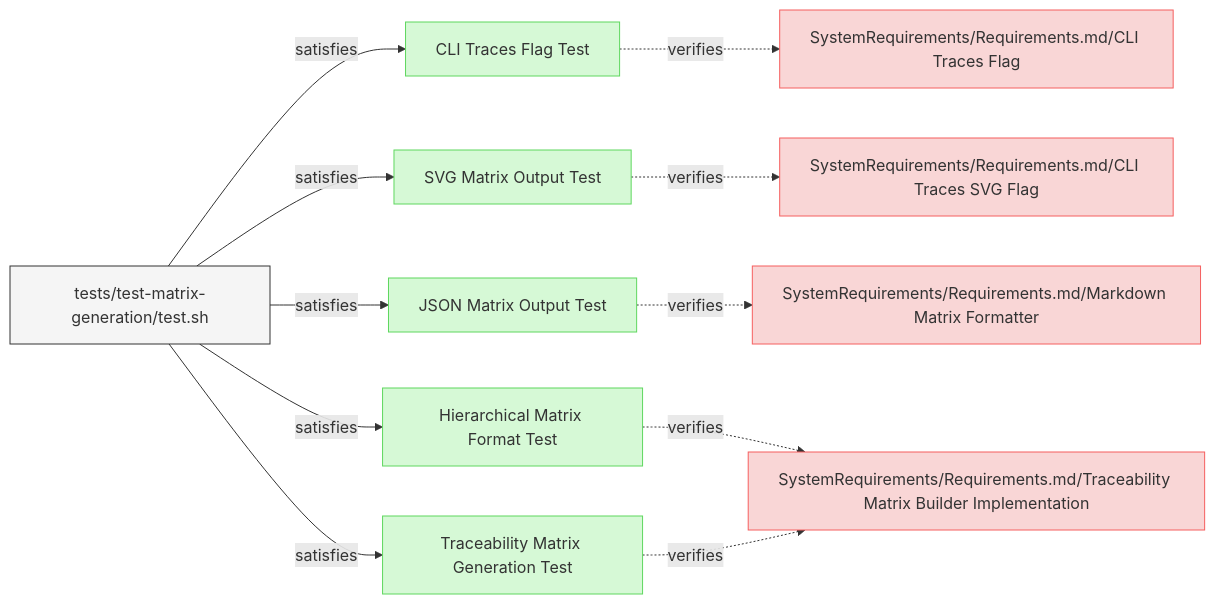
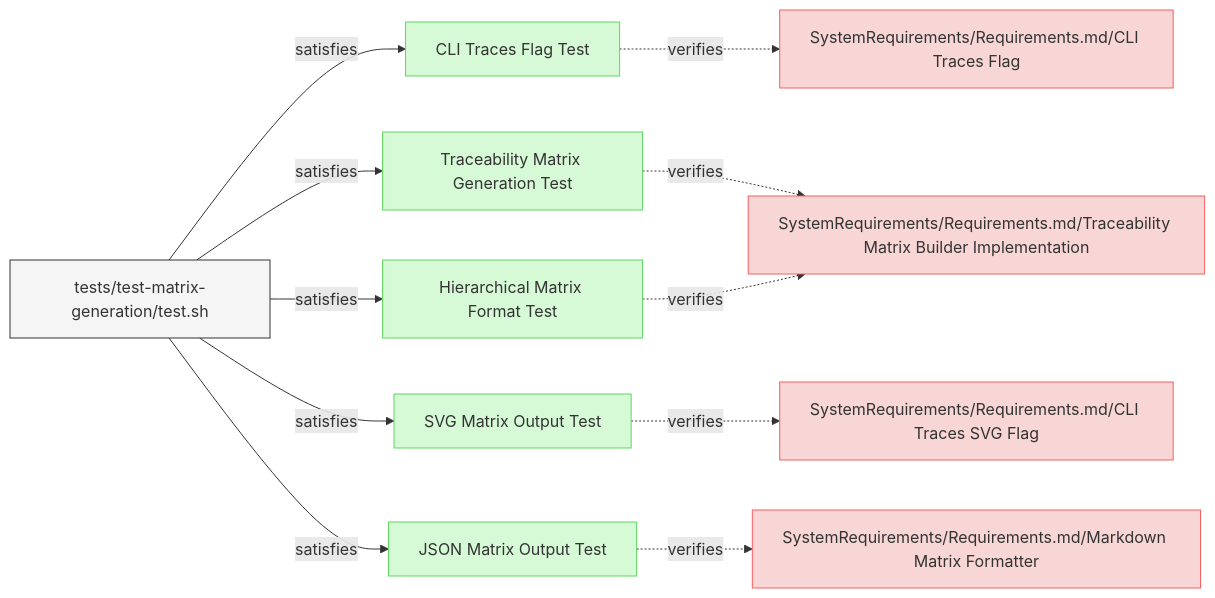
The diagram in specifications/Verifications/TreacibilityMatrix.md (reqvire-org/reqvire), drawn with Mermaid before and after one commit. The commit also changed 37 other files, not shown here.

Commit message:
Allow diagrams with blobs links when configured.

````diff
--- a/specifications/Verifications/TreacibilityMatrix.md
+++ b/specifications/Verifications/TreacibilityMatrix.md
@@ -6,49 +6,49 @@
 ```mermaid
 graph LR;
   %% Graph styling
   classDef requirement fill:#f9d6d6,stroke:#f55f5f,stroke-width:1px;
   classDef verification fill:#d6f9d6,stroke:#5fd75f,stroke-width:1px;
   classDef externalLink fill:#d0e0ff,stroke:#3080ff,stroke-width:1px;
   classDef default fill:#f5f5f5,stroke:#333333,stroke-width:1px;
 
-  b7104ba5d6e919aa["CLI Traces Flag Test"];
-  click b7104ba5d6e919aa "TreacibilityMatrix.md#cli-traces-flag-test";
-  class b7104ba5d6e919aa verification;
-  cdab2d3174ce86a9["SystemRequirements/Requirements.md/CLI Traces Flag"];
-  class cdab2d3174ce86a9 requirement;
-  click cdab2d3174ce86a9 "../SystemRequirements/Requirements.md#cli-traces-flag";
-  b7104ba5d6e919aa -.->|verifies| cdab2d3174ce86a9;
-  1da67df379ec30a7["tests/test-matrix-generation/test.sh"];
-  class 1da67df379ec30a7 default;
-  click 1da67df379ec30a7 "../../tests/test-matrix-generation/test.sh";
-  1da67df379ec30a7 -->|satisfies| b7104ba5d6e919aa;
-  1c94ff3648305a2e["SVG Matrix Output Test"];
-  click 1c94ff3648305a2e "TreacibilityMatrix.md#svg-matrix-output-test";
-  class 1c94ff3648305a2e verification;
-  a0943a440707d910["SystemRequirements/Requirements.md/CLI Traces SVG Flag"];
-  class a0943a440707d910 requirement;
-  click a0943a440707d910 "../SystemRequirements/Requirements.md#cli-traces-svg-flag";
-  1c94ff3648305a2e -.->|verifies| a0943a440707d910;
-  1da67df379ec30a7 -->|satisfies| 1c94ff3648305a2e;
-  8d84c50488d5a478["JSON Matrix Output Test"];
-  click 8d84c50488d5a478 "TreacibilityMatrix.md#json-matrix-output-test";
-  class 8d84c50488d5a478 verification;
-  3b2f98c43f1ed3bb["SystemRequirements/Requirements.md/Markdown Matrix Formatter"];
-  class 3b2f98c43f1ed3bb requirement;
-  click 3b2f98c43f1ed3bb "../SystemRequirements/Requirements.md#markdown-matrix-formatter";
-  8d84c50488d5a478 -.->|verifies| 3b2f98c43f1ed3bb;
-  1da67df379ec30a7 -->|satisfies| 8d84c50488d5a478;
-  f4d7d0e53abef947["Hierarchical Matrix Format Test"];
-  click f4d7d0e53abef947 "TreacibilityMatrix.md#hierarchical-matrix-format-test";
-  class f4d7d0e53abef947 verification;
-  a8066f495e5ed5dd["SystemRequirements/Requirements.md/Traceability Matrix Builder Implementation"];
-  class a8066f495e5ed5dd requirement;
-  click a8066f495e5ed5dd "../SystemRequirements/Requirements.md#traceability-matrix-builder-implementation";
-  f4d7d0e53abef947 -.->|verifies| a8066f495e5ed5dd;
-  1da67df379ec30a7 -->|satisfies| f4d7d0e53abef947;
-  50c150f0e22806d["Traceability Matrix Generation Test"];
-  click 50c150f0e22806d "TreacibilityMatrix.md#traceability-matrix-generation-test";
-  class 50c150f0e22806d verification;
-  50c150f0e22806d -.->|verifies| a8066f495e5ed5dd;
-  1da67df379ec30a7 -->|satisfies| 50c150f0e22806d;
+  7f6c7f917ed529ae["CLI Traces Flag Test"];
+  click 7f6c7f917ed529ae "specifications/Verifications/TreacibilityMatrix.md#cli-traces-flag-test#cli-traces-flag-test";
+  class 7f6c7f917ed529ae verification;
+  cb36e164a6ea70ff["SystemRequirements/Requirements.md/CLI Traces Flag"];
+  class cb36e164a6ea70ff requirement;
+  click cb36e164a6ea70ff "specifications/SystemRequirements/Requirements.md#cli-traces-flag#cli-traces-flag";
+  7f6c7f917ed529ae -.->|verifies| cb36e164a6ea70ff;
+  8aec4f4d071ac12c["tests/test-matrix-generation/test.sh"];
+  class 8aec4f4d071ac12c default;
+  click 8aec4f4d071ac12c "tests/test-matrix-generation/test.sh";
+  8aec4f4d071ac12c -->|satisfies| 7f6c7f917ed529ae;
+  aa85c85e7c41d899["Traceability Matrix Generation Test"];
+  click aa85c85e7c41d899 "specifications/Verifications/TreacibilityMatrix.md#traceability-matrix-generation-test#traceability-matrix-generation-test";
+  class aa85c85e7c41d899 verification;
+  b55d8517cd3e58["SystemRequirements/Requirements.md/Traceability Matrix Builder Implementation"];
+  class b55d8517cd3e58 requirement;
+  click b55d8517cd3e58 "specifications/SystemRequirements/Requirements.md#traceability-matrix-builder-implementation#traceability-matrix-builder-implementation";
+  aa85c85e7c41d899 -.->|verifies| b55d8517cd3e58;
+  8aec4f4d071ac12c -->|satisfies| aa85c85e7c41d899;
+  62b41611d85d4161["SVG Matrix Output Test"];
+  click 62b41611d85d4161 "specifications/Verifications/TreacibilityMatrix.md#svg-matrix-output-test#svg-matrix-output-test";
+  class 62b41611d85d4161 verification;
+  1d9a1c502316e443["SystemRequirements/Requirements.md/CLI Traces SVG Flag"];
+  class 1d9a1c502316e443 requirement;
+  click 1d9a1c502316e443 "specifications/SystemRequirements/Requirements.md#cli-traces-svg-flag#cli-traces-svg-flag";
+  62b41611d85d4161 -.->|verifies| 1d9a1c502316e443;
+  8aec4f4d071ac12c -->|satisfies| 62b41611d85d4161;
+  5a25cf6244f4f44["Hierarchical Matrix Format Test"];
+  click 5a25cf6244f4f44 "specifications/Verifications/TreacibilityMatrix.md#hierarchical-matrix-format-test#hierarchical-matrix-format-test";
+  class 5a25cf6244f4f44 verification;
+  5a25cf6244f4f44 -.->|verifies| b55d8517cd3e58;
+  8aec4f4d071ac12c -->|satisfies| 5a25cf6244f4f44;
+  50c290277850dd17["JSON Matrix Output Test"];
+  click 50c290277850dd17 "specifications/Verifications/TreacibilityMatrix.md#json-matrix-output-test#json-matrix-output-test";
+  class 50c290277850dd17 verification;
+  1b7491b67a792bc9["SystemRequirements/Requirements.md/Markdown Matrix Formatter"];
+  class 1b7491b67a792bc9 requirement;
+  click 1b7491b67a792bc9 "specifications/SystemRequirements/Requirements.md#markdown-matrix-formatter#markdown-matrix-formatter";
+  50c290277850dd17 -.->|verifies| 1b7491b67a792bc9;
+  8aec4f4d071ac12c -->|satisfies| 50c290277850dd17;
 ```
````
